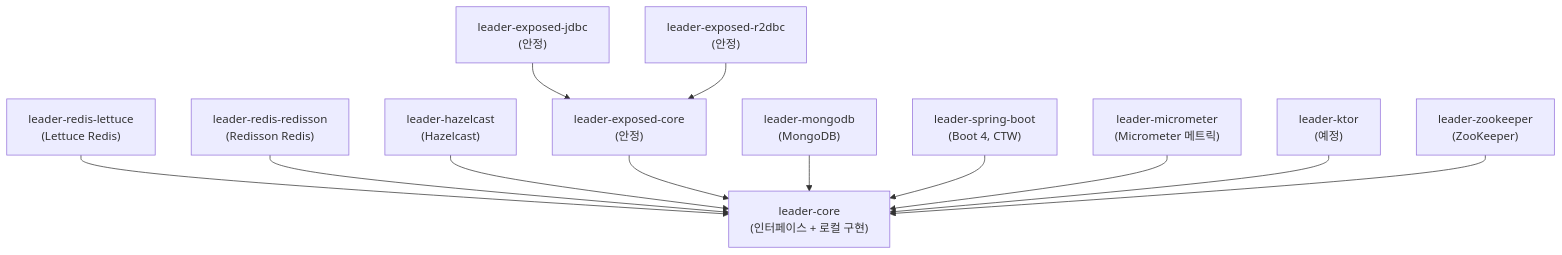
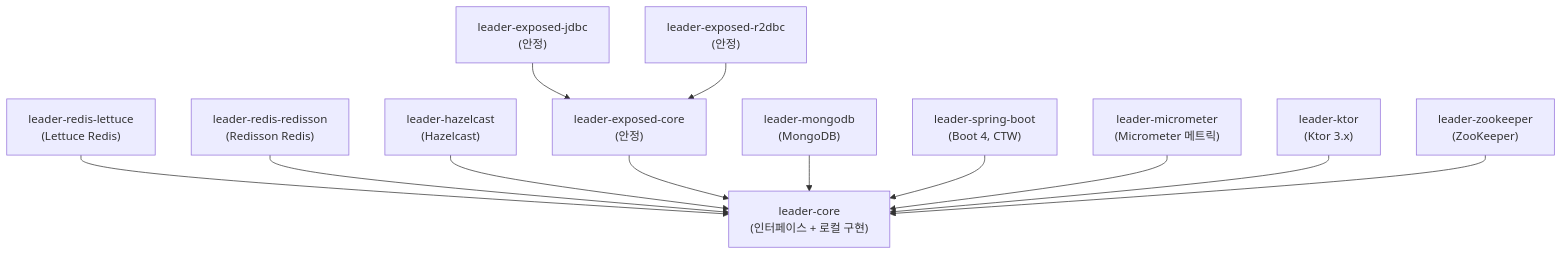
One commit to bluetape4k/bluetape4k-leader changed the first of 3 diagrams in README.ko.md. Above: the diagram before and after it, drawn with Mermaid. The commit also changed other lines of this file and 8 other files, not shown here.

First line of the commit message:
docs: 워크스페이스 문서 일괄 최신화 (E1~E5 + leader-ktor + ktor-app 반영) (#167)

````diff
--- a/README.ko.md
+++ b/README.ko.md
@@ -26,27 +27,27 @@
 ```mermaid
 graph TD
     Core["leader-core\n(인터페이스 + 로컬 구현)"]
     Lettuce["leader-redis-lettuce\n(Lettuce Redis)"]
     Redisson["leader-redis-redisson\n(Redisson Redis)"]
     Hazelcast["leader-hazelcast\n(Hazelcast)"]
     ExposedCore["leader-exposed-core\n(안정)"]
     ExposedJdbc["leader-exposed-jdbc\n(안정)"]
     ExposedR2dbc["leader-exposed-r2dbc\n(안정)"]
     Mongo["leader-mongodb\n(MongoDB)"]
     SB["leader-spring-boot\n(Boot 4, CTW)"]
     Metrics["leader-micrometer\n(Micrometer 메트릭)"]
-    Ktor["leader-ktor\n(예정)"]
+    Ktor["leader-ktor\n(Ktor 3.x)"]
     ZK["leader-zookeeper\n(ZooKeeper)"]
 
     Lettuce --> Core
     Redisson --> Core
     Hazelcast --> Core
     ExposedCore --> Core
     ExposedJdbc --> ExposedCore
     ExposedR2dbc --> ExposedCore
     Mongo --> Core
     SB --> Core
     Metrics --> Core
     Ktor --> Core
     ZK --> Core
 ```
````
